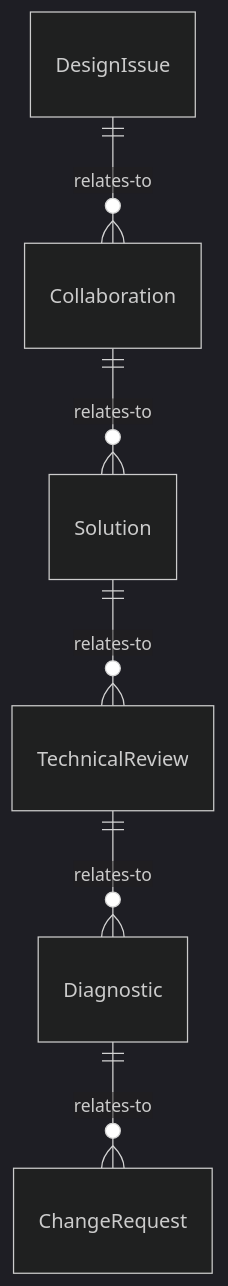
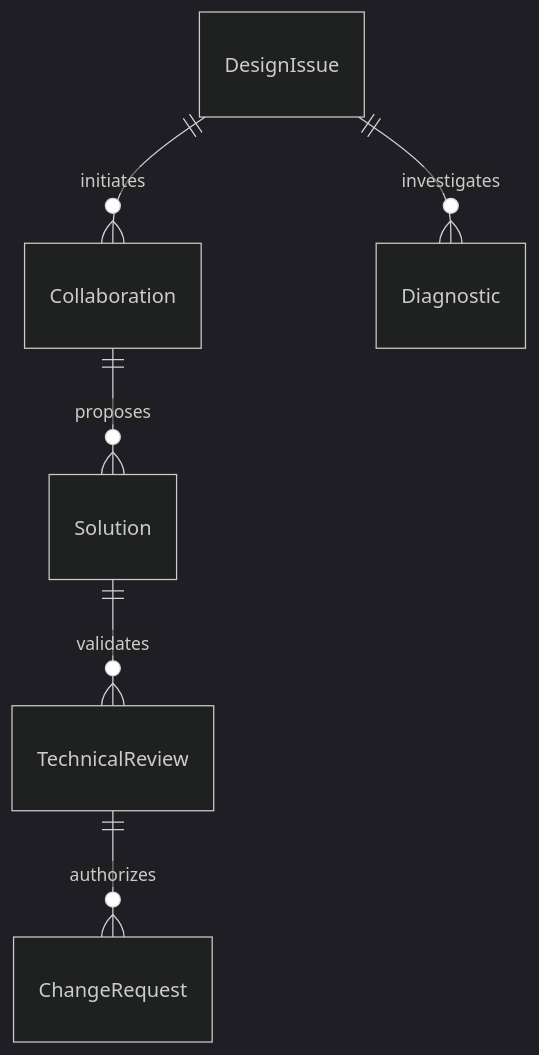
One commit to dot-org-ai/tasks.org.ai changed the first of 4 diagrams in CommunicatingWithSupervisorsPeersOrSubordinates/CoordinateWithOthersToResolveProblems/CollaborateTechnicalSpecialistsResolveDesign.mdx. Above: the diagram before and after it, drawn with Mermaid (dark theme). The commit also changed other lines of this file and 515 other files, not shown here.

````diff
--- a/CommunicatingWithSupervisorsPeersOrSubordinates/CoordinateWithOthersToResolveProblems/CollaborateTechnicalSpecialistsResolveDesign.mdx
+++ b/CommunicatingWithSupervisorsPeersOrSubordinates/CoordinateWithOthersToResolveProblems/CollaborateTechnicalSpecialistsResolveDesign.mdx
@@ -88,8 +88,8 @@
 ```mermaid
 erDiagram
-    DesignIssue ||--o{ Collaboration : relates-to
-    Collaboration ||--o{ Solution : relates-to
-    Solution ||--o{ TechnicalReview : relates-to
-    TechnicalReview ||--o{ Diagnostic : relates-to
-    Diagnostic ||--o{ ChangeRequest : relates-to
+    DesignIssue ||--o{ Collaboration : initiates
+    DesignIssue ||--o{ Diagnostic : investigates
+    Collaboration ||--o{ Solution : proposes
+    Solution ||--o{ TechnicalReview : validates
+    TechnicalReview ||--o{ ChangeRequest : authorizes
 ```
````
